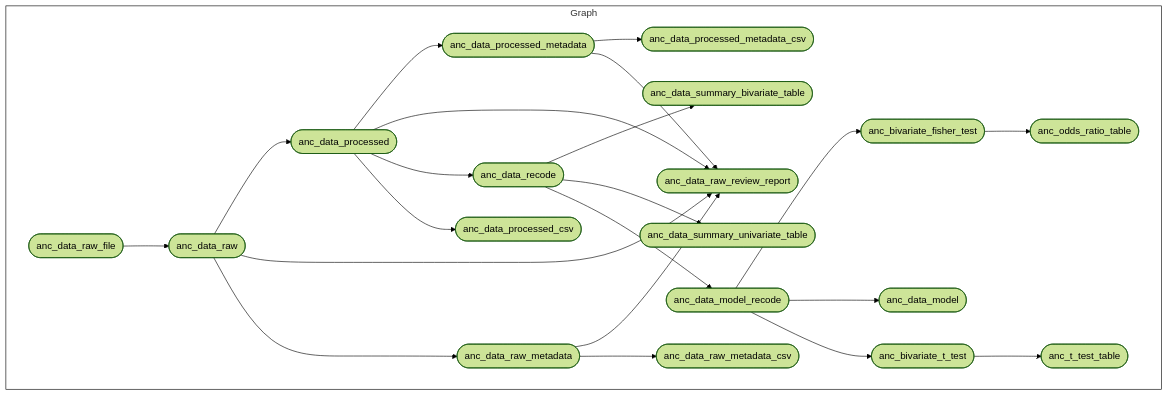
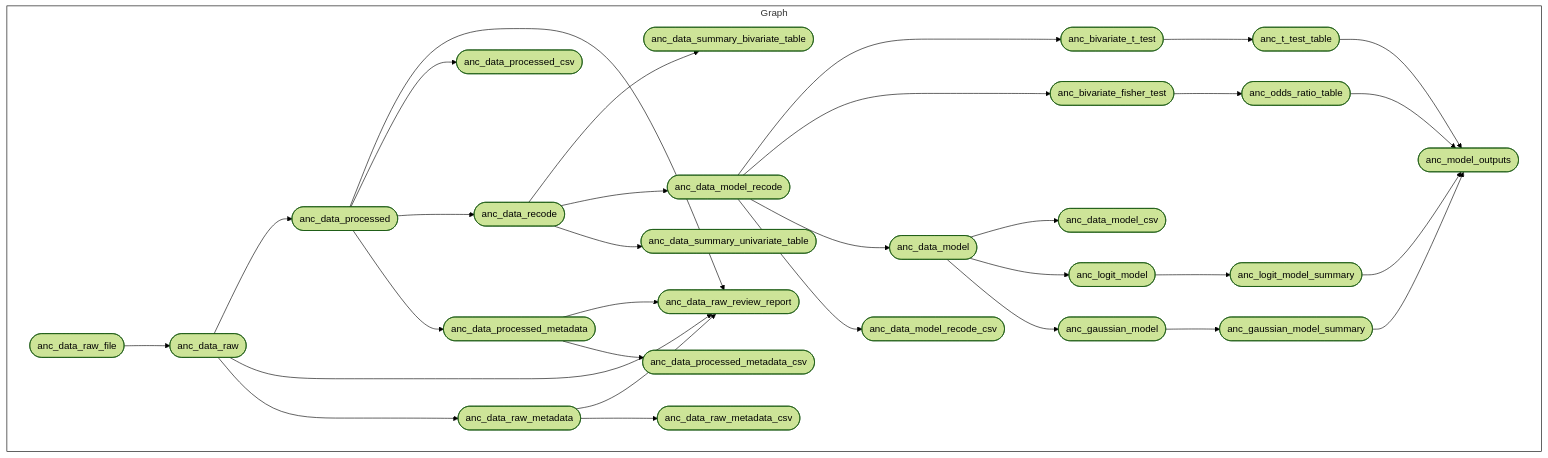
Before and after one commit to OxfordIHTM/gh-anaemia-pregnancy: the diagram in README.md, drawn with Mermaid (forest theme). The commit also changed 10 other files, not shown here.

````diff
--- a/README.md
+++ b/README.md
@@ -117,27 +117,37 @@
 ``` mermaid
 graph LR
   style Graph fill:#FFFFFF00,stroke:#000000;
   subgraph Graph
     direction LR
     xbba39ca9e518ed94(["anc_data_raw"]):::uptodate --> x597caed207d4fc5d(["anc_data_processed"]):::uptodate
-    x597caed207d4fc5d(["anc_data_processed"]):::uptodate --> x34b86f86bb8014ea(["anc_data_processed_metadata"]):::uptodate
-    x34b86f86bb8014ea(["anc_data_processed_metadata"]):::uptodate --> x2d4384c638b4d284(["anc_data_processed_metadata_csv"]):::uptodate
+    x05812169c4dfa932(["anc_data_raw_file"]):::uptodate --> xbba39ca9e518ed94(["anc_data_raw"]):::uptodate
     x597caed207d4fc5d(["anc_data_processed"]):::uptodate --> x34a9c3203c3a0d4e(["anc_data_raw_review_report"]):::uptodate
     x34b86f86bb8014ea(["anc_data_processed_metadata"]):::uptodate --> x34a9c3203c3a0d4e(["anc_data_raw_review_report"]):::uptodate
     xbba39ca9e518ed94(["anc_data_raw"]):::uptodate --> x34a9c3203c3a0d4e(["anc_data_raw_review_report"]):::uptodate
     x8a8877168229f4dd(["anc_data_raw_metadata"]):::uptodate --> x34a9c3203c3a0d4e(["anc_data_raw_review_report"]):::uptodate
     xa2691830171b0cf9(["anc_data_recode"]):::uptodate --> x83b06018b27c1391(["anc_data_summary_bivariate_table"]):::uptodate
-    xa2691830171b0cf9(["anc_data_recode"]):::uptodate --> xdeea979a9fc8283c(["anc_data_summary_univariate_table"]):::uptodate
-    x597caed207d4fc5d(["anc_data_processed"]):::uptodate --> xa2691830171b0cf9(["anc_data_recode"]):::uptodate
+    x9265d4ebfbcc5e37(["anc_gaussian_model_summary"]):::uptodate --> x8f6836dcac596e4d(["anc_model_outputs"]):::uptodate
+    x2d44714c6076aea5(["anc_logit_model_summary"]):::uptodate --> x8f6836dcac596e4d(["anc_model_outputs"]):::uptodate
+    x2d1d696496197875(["anc_odds_ratio_table"]):::uptodate --> x8f6836dcac596e4d(["anc_model_outputs"]):::uptodate
+    x02d4c90c16108e87(["anc_t_test_table"]):::uptodate --> x8f6836dcac596e4d(["anc_model_outputs"]):::uptodate
+    x8a8877168229f4dd(["anc_data_raw_metadata"]):::uptodate --> x2f4ef36220e6f123(["anc_data_raw_metadata_csv"]):::uptodate
     x597caed207d4fc5d(["anc_data_processed"]):::uptodate --> x9efa48e5541103b9(["anc_data_processed_csv"]):::uptodate
-    x05812169c4dfa932(["anc_data_raw_file"]):::uptodate --> xbba39ca9e518ed94(["anc_data_raw"]):::uptodate
+    xa2691830171b0cf9(["anc_data_recode"]):::uptodate --> xc84eb75d2309c0e2(["anc_data_model_recode"]):::uptodate
+    xc84eb75d2309c0e2(["anc_data_model_recode"]):::uptodate --> x22e570cd18c3f66c(["anc_bivariate_t_test"]):::uptodate
+    x6262f74751558db7(["anc_data_model"]):::uptodate --> x11c78e49bf183f4f(["anc_data_model_csv"]):::uptodate
+    x2d826175fca676e3(["anc_gaussian_model"]):::uptodate --> x9265d4ebfbcc5e37(["anc_gaussian_model_summary"]):::uptodate
     xbba39ca9e518ed94(["anc_data_raw"]):::uptodate --> x8a8877168229f4dd(["anc_data_raw_metadata"]):::uptodate
-    x22e570cd18c3f66c(["anc_bivariate_t_test"]):::uptodate --> x02d4c90c16108e87(["anc_t_test_table"]):::uptodate
     xc84eb75d2309c0e2(["anc_data_model_recode"]):::uptodate --> x77712cf549a15628(["anc_bivariate_fisher_test"]):::uptodate
     xc84eb75d2309c0e2(["anc_data_model_recode"]):::uptodate --> x6262f74751558db7(["anc_data_model"]):::uptodate
+    x34b86f86bb8014ea(["anc_data_processed_metadata"]):::uptodate --> x2d4384c638b4d284(["anc_data_processed_metadata_csv"]):::uptodate
+    x597caed207d4fc5d(["anc_data_processed"]):::uptodate --> xa2691830171b0cf9(["anc_data_recode"]):::uptodate
+    xa2691830171b0cf9(["anc_data_recode"]):::uptodate --> xdeea979a9fc8283c(["anc_data_summary_univariate_table"]):::uptodate
+    x597caed207d4fc5d(["anc_data_processed"]):::uptodate --> x34b86f86bb8014ea(["anc_data_processed_metadata"]):::uptodate
+    x22e570cd18c3f66c(["anc_bivariate_t_test"]):::uptodate --> x02d4c90c16108e87(["anc_t_test_table"]):::uptodate
+    xec336fb433299b8a(["anc_logit_model"]):::uptodate --> x2d44714c6076aea5(["anc_logit_model_summary"]):::uptodate
+    xc84eb75d2309c0e2(["anc_data_model_recode"]):::uptodate --> x60423dd0fbb1026b(["anc_data_model_recode_csv"]):::uptodate
+    x6262f74751558db7(["anc_data_model"]):::uptodate --> xec336fb433299b8a(["anc_logit_model"]):::uptodate
+    x6262f74751558db7(["anc_data_model"]):::uptodate --> x2d826175fca676e3(["anc_gaussian_model"]):::uptodate
     x77712cf549a15628(["anc_bivariate_fisher_test"]):::uptodate --> x2d1d696496197875(["anc_odds_ratio_table"]):::uptodate
-    x8a8877168229f4dd(["anc_data_raw_metadata"]):::uptodate --> x2f4ef36220e6f123(["anc_data_raw_metadata_csv"]):::uptodate
-    xa2691830171b0cf9(["anc_data_recode"]):::uptodate --> xc84eb75d2309c0e2(["anc_data_model_recode"]):::uptodate
-    xc84eb75d2309c0e2(["anc_data_model_recode"]):::uptodate --> x22e570cd18c3f66c(["anc_bivariate_t_test"]):::uptodate
   end
 ```
````
